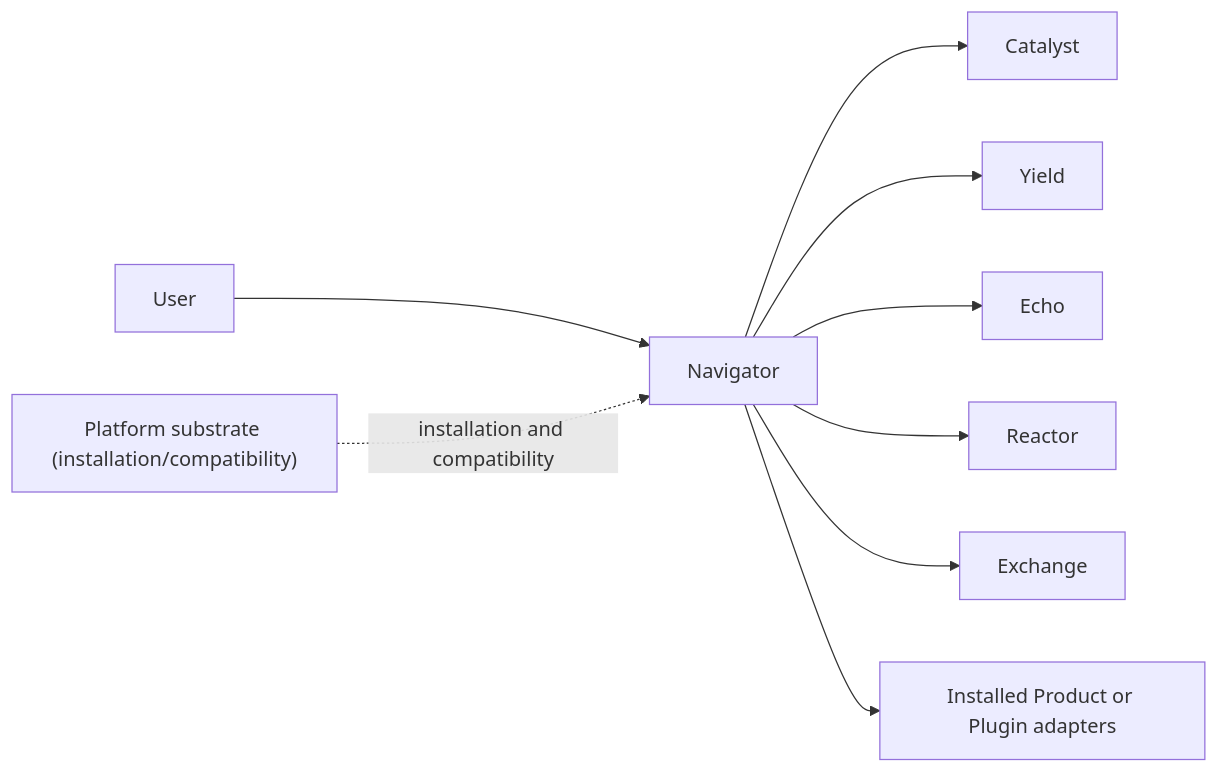
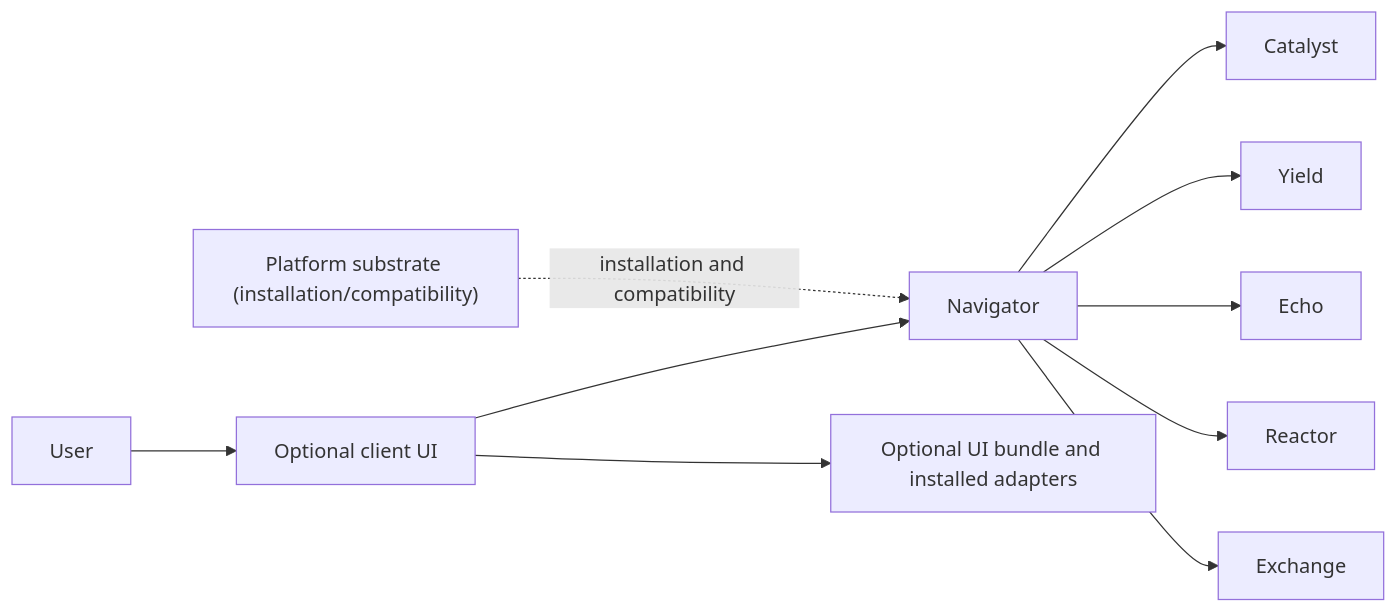
Before and after one commit to DoHorizon-AI/Cyrene-Navigator: the diagram in docs/API.md, drawn with Mermaid. The commit also changed other lines of this file and 95 other files, not shown here.

Commit message:
refactor(ui): move client surfaces to Plugins

````diff
--- a/docs/API.md
+++ b/docs/API.md
@@ -9,11 +9,12 @@
 ```mermaid
 flowchart LR
-    User --> Navigator
+    User --> UI["Optional client UI"]
+    UI --> Navigator
     Navigator --> Catalyst
     Navigator --> Yield
     Navigator --> Echo
     Navigator --> Reactor
     Navigator --> Exchange
-    Navigator --> Plugins["Installed Product or Plugin adapters"]
+    UI --> Plugins["Optional UI bundle and installed adapters"]
     Platform["Platform substrate (installation/compatibility)"] -. "installation and compatibility" .-> Navigator
 ```
````
